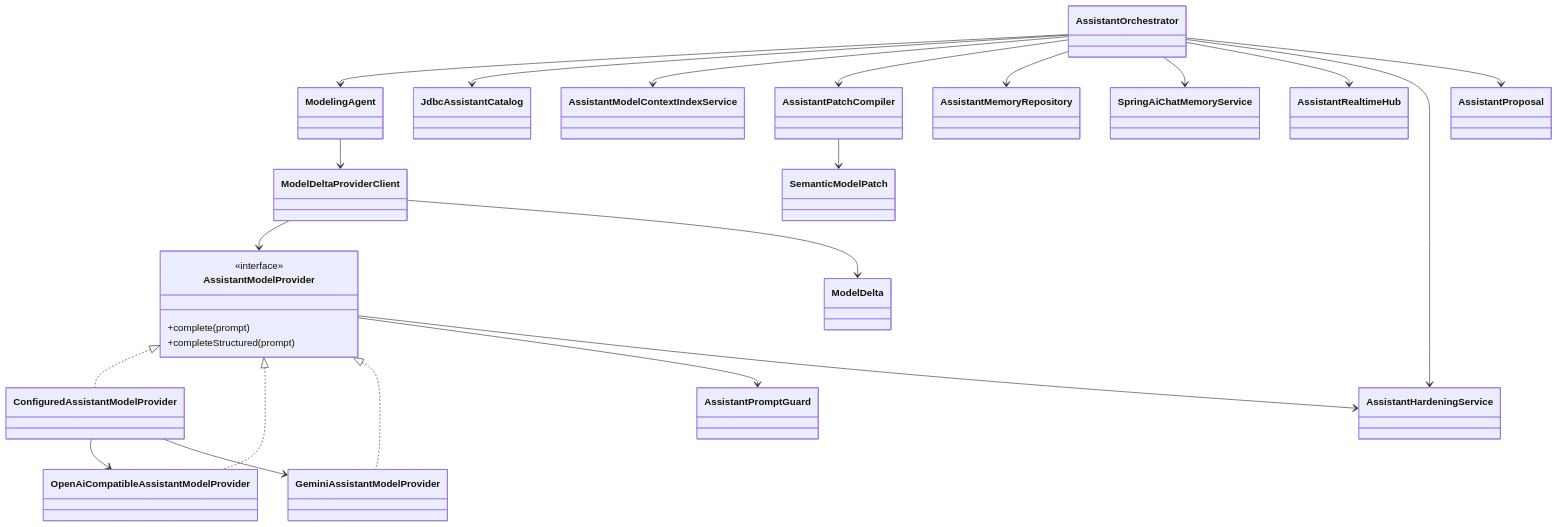
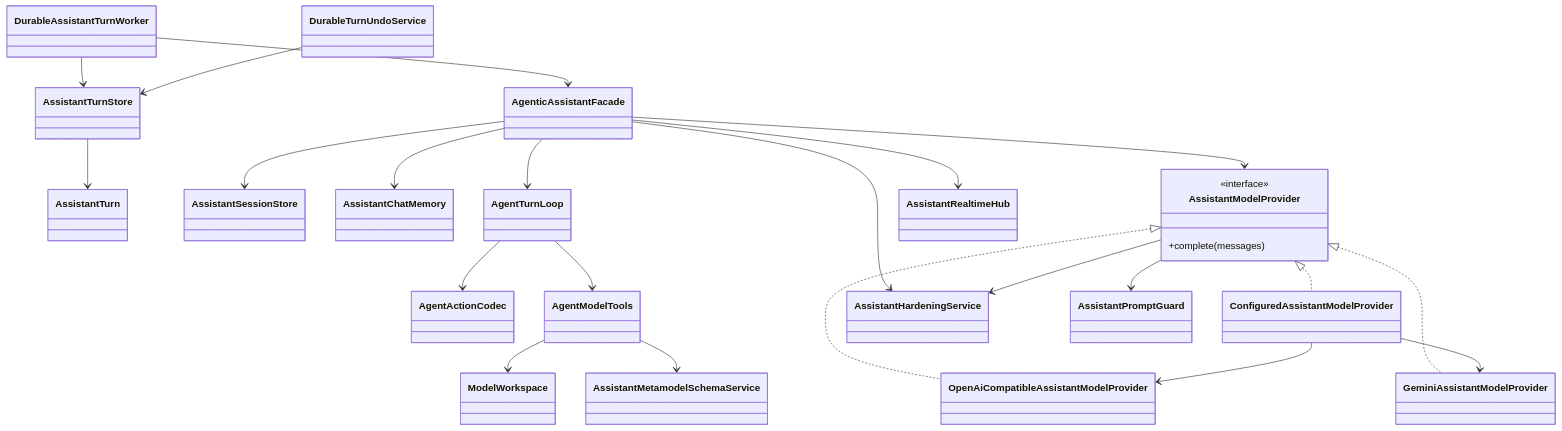
The third of 3 diagrams in docs/diagrams/06-core-class-relations.md (mehdieidi/modriss), drawn with Mermaid before and after one commit. The commit also changed 37 other files, not shown here.

First line of the commit message:
docs: refactor AI assistant documentation and improve clarity on durable turns, checkpoints, and event handling

````diff
--- a/docs/diagrams/06-core-class-relations.md
+++ b/docs/diagrams/06-core-class-relations.md
@@ -114,46 +114,47 @@
 ```mermaid
 classDiagram
-    class AssistantOrchestrator
+    class AgenticAssistantFacade
+    class DurableAssistantTurnWorker
+    class AssistantTurnStore
+    class AssistantTurn
+    class AssistantSessionStore
+    class AssistantChatMemory
     class AssistantModelProvider {
         <<interface>>
-        +complete(prompt)
-        +completeStructured(prompt)
+        +complete(messages)
     }
-    class ModelingAgent
-    class ModelDeltaProviderClient
-    class ModelDelta
+    class AgentTurnLoop
+    class AgentActionCodec
+    class AgentModelTools
+    class ModelWorkspace
+    class AssistantMetamodelSchemaService
     class ConfiguredAssistantModelProvider
     class OpenAiCompatibleAssistantModelProvider
     class GeminiAssistantModelProvider
-    class JdbcAssistantCatalog
-    class AssistantModelContextIndexService
-    class AssistantPatchCompiler
-    class AssistantMemoryRepository
-    class SpringAiChatMemoryService
     class AssistantRealtimeHub
     class AssistantHardeningService
     class AssistantPromptGuard
-    class SemanticModelPatch
-    class AssistantProposal
+    class DurableTurnUndoService
 
     AssistantModelProvider <|.. ConfiguredAssistantModelProvider
     AssistantModelProvider <|.. OpenAiCompatibleAssistantModelProvider
     AssistantModelProvider <|.. GeminiAssistantModelProvider
     ConfiguredAssistantModelProvider --> OpenAiCompatibleAssistantModelProvider
     ConfiguredAssistantModelProvider --> GeminiAssistantModelProvider
-    AssistantOrchestrator --> ModelingAgent
-    ModelingAgent --> ModelDeltaProviderClient
-    ModelDeltaProviderClient --> AssistantModelProvider
-    ModelDeltaProviderClient --> ModelDelta
-    AssistantOrchestrator --> JdbcAssistantCatalog
-    AssistantOrchestrator --> AssistantModelContextIndexService
-    AssistantOrchestrator --> AssistantPatchCompiler
-    AssistantOrchestrator --> AssistantMemoryRepository
-    AssistantOrchestrator --> SpringAiChatMemoryService
-    AssistantOrchestrator --> AssistantRealtimeHub
-    AssistantOrchestrator --> AssistantHardeningService
+    DurableAssistantTurnWorker --> AssistantTurnStore
+    DurableAssistantTurnWorker --> AgenticAssistantFacade
+    AssistantTurnStore --> AssistantTurn
+    AgenticAssistantFacade --> AssistantSessionStore
+    AgenticAssistantFacade --> AssistantChatMemory
+    AgenticAssistantFacade --> AgentTurnLoop
+    AgentTurnLoop --> AgentActionCodec
+    AgentTurnLoop --> AgentModelTools
+    AgentModelTools --> ModelWorkspace
+    AgentModelTools --> AssistantMetamodelSchemaService
+    AgenticAssistantFacade --> AssistantRealtimeHub
+    AgenticAssistantFacade --> AssistantHardeningService
+    AgenticAssistantFacade --> AssistantModelProvider
     AssistantModelProvider --> AssistantPromptGuard
     AssistantModelProvider --> AssistantHardeningService
-    AssistantPatchCompiler --> SemanticModelPatch
-    AssistantOrchestrator --> AssistantProposal
+    DurableTurnUndoService --> AssistantTurnStore
 ```
````
